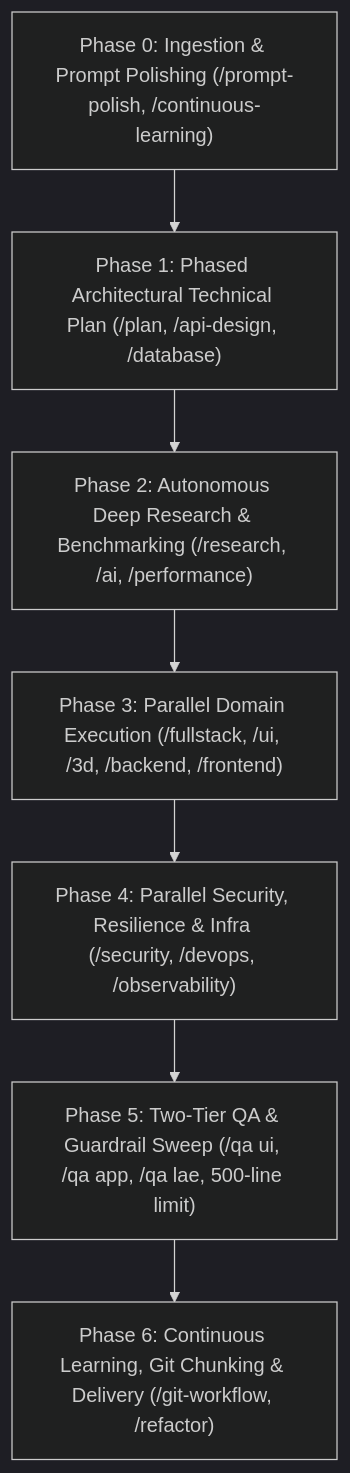
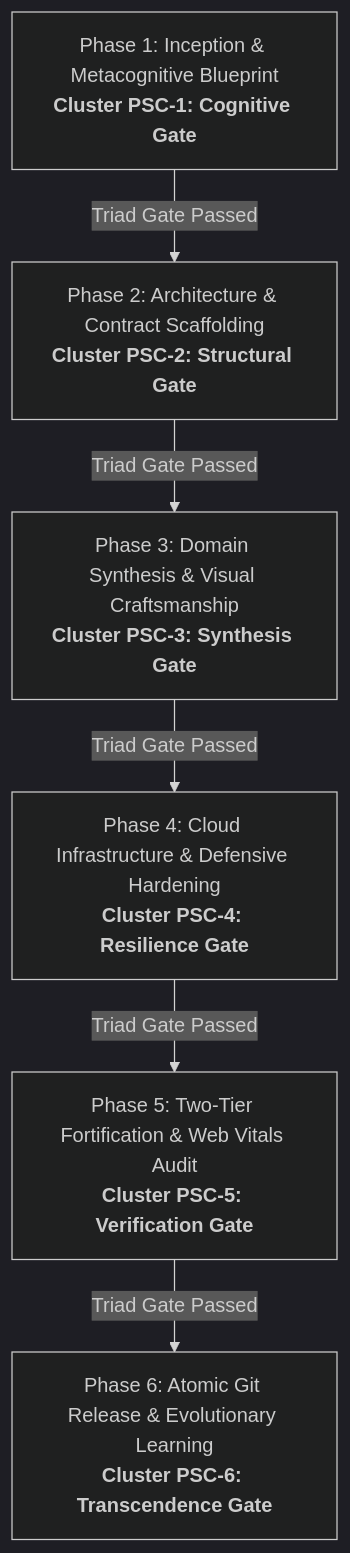
Before and after one commit to darknecrocities/SkillBuilder: the diagram in skills/full-scale-mode/SKILL.md, drawn with Mermaid (dark theme). The commit also changed other lines of this file and 2 other files, not shown here.

````diff
--- a/skills/full-scale-mode/SKILL.md
+++ b/skills/full-scale-mode/SKILL.md
@@ -66,12 +21,15 @@
 ```mermaid
 flowchart TD
-    P0["Phase 0: Ingestion & Prompt Polishing (/prompt-polish, /continuous-learning)"]
-    P1["Phase 1: Phased Architectural Technical Plan (/plan, /api-design, /database)"]
-    P2["Phase 2: Autonomous Deep Research & Benchmarking (/research, /ai, /performance)"]
-    P3["Phase 3: Parallel Domain Execution (/fullstack, /ui, /3d, /backend, /frontend)"]
-    P4["Phase 4: Parallel Security, Resilience & Infra (/security, /devops, /observability)"]
-    P5["Phase 5: Two-Tier QA & Guardrail Sweep (/qa ui, /qa app, /qa lae, 500-line limit)"]
-    P6["Phase 6: Continuous Learning, Git Chunking & Delivery (/git-workflow, /refactor)"]
+    P1["Phase 1: Inception & Metacognitive Blueprint<br/><b>Cluster PSC-1: Cognitive Gate</b>"]
+    P2["Phase 2: Architecture & Contract Scaffolding<br/><b>Cluster PSC-2: Structural Gate</b>"]
+    P3["Phase 3: Domain Synthesis & Visual Craftsmanship<br/><b>Cluster PSC-3: Synthesis Gate</b>"]
+    P4["Phase 4: Cloud Infrastructure & Defensive Hardening<br/><b>Cluster PSC-4: Resilience Gate</b>"]
+    P5["Phase 5: Two-Tier Fortification & Web Vitals Audit<br/><b>Cluster PSC-5: Verification Gate</b>"]
+    P6["Phase 6: Atomic Git Release & Evolutionary Learning<br/><b>Cluster PSC-6: Transcendence Gate</b>"]
 
-    P0 --> P1 --> P2 --> P3 --> P4 --> P5 --> P6
+    P1 -->|Triad Gate Passed| P2
+    P2 -->|Triad Gate Passed| P3
+    P3 -->|Triad Gate Passed| P4
+    P4 -->|Triad Gate Passed| P5
+    P5 -->|Triad Gate Passed| P6
 ```
````
